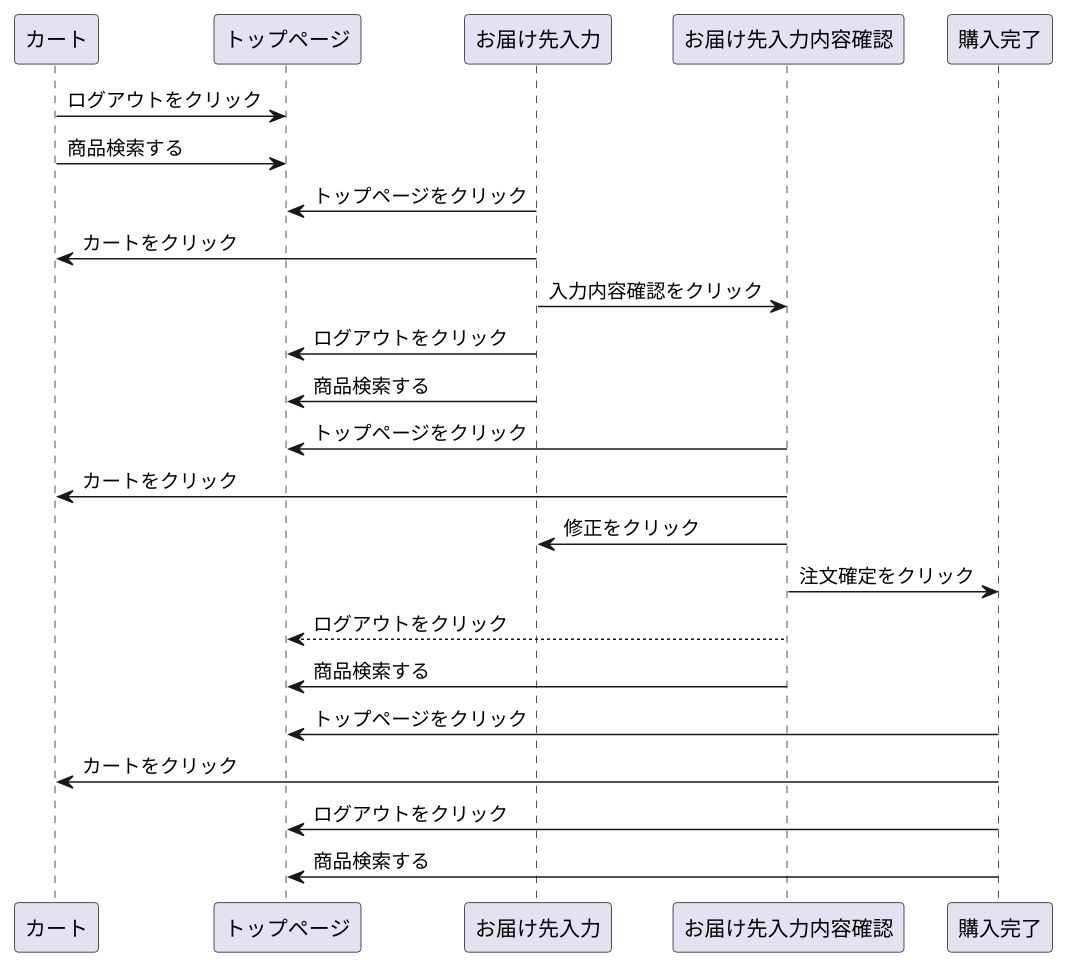
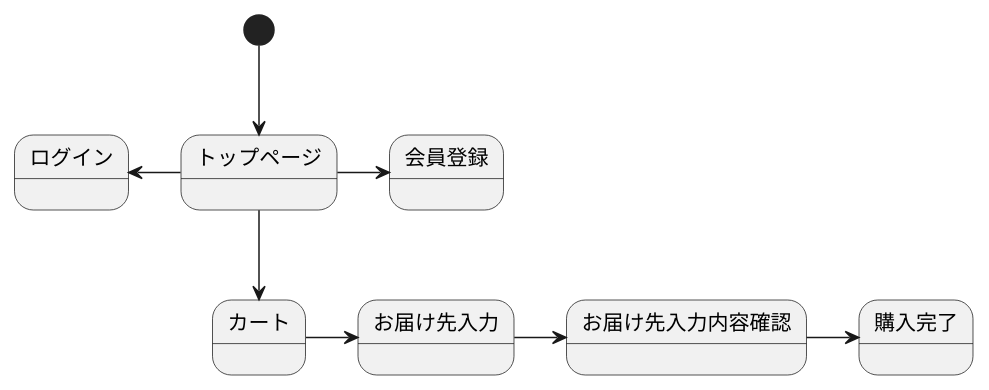
The diagram in stm01.md (ryoma421/2021sys-desibn), drawn with PlantUML before and after one commit. The commit also changed other lines of this file, not shown here.

````diff
--- a/stm01.md
+++ b/stm01.md
@@ -2,20 +2,11 @@
+```uml
 @startuml
-カート -> トップページ : ログアウトをクリック
-カート -> トップページ : 商品検索する
-お届け先入力 -> トップページ : トップページをクリック
-お届け先入力 -> カート : カートをクリック
-お届け先入力 -> お届け先入力内容確認 : 入力内容確認をクリック
-お届け先入力 -> トップページ : ログアウトをクリック
-お届け先入力 -> トップページ : 商品検索する
-お届け先入力内容確認 -> トップページ : トップページをクリック
-お届け先入力内容確認 -> カート : カートをクリック
-お届け先入力内容確認 -> お届け先入力 : 修正をクリック
-お届け先入力内容確認 -> 購入完了 : 注文確定をクリック
-お届け先入力内容確認 --> トップページ : ログアウトをクリック
-お届け先入力内容確認 -> トップページ : 商品検索する
-購入完了 -> トップページ : トップページをクリック
-購入完了 -> カート : カートをクリック
-購入完了 -> トップページ : ログアウトをクリック
-購入完了 -> トップページ : 商品検索する
-
+[*] --> トップページ
+トップページ -> 会員登録
+トップページ -left-> ログイン
+トップページ --> カート
+カート -> お届け先入力
+お届け先入力 -> お届け先入力内容確認
+お届け先入力内容確認 -> 購入完了
 @enduml
+```
````
